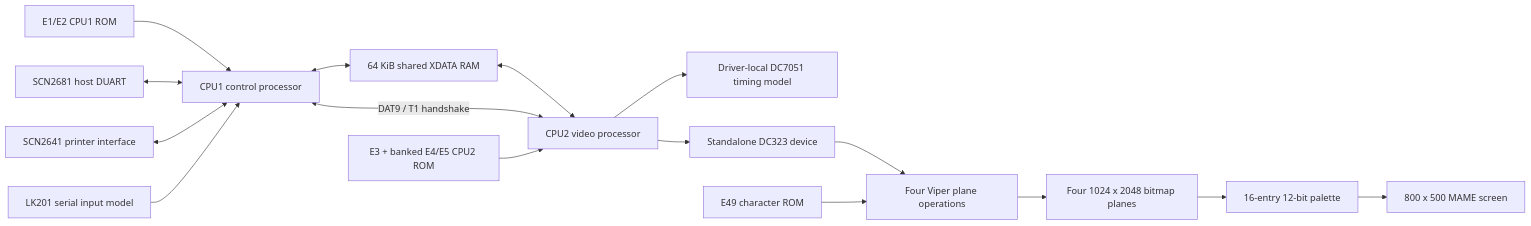
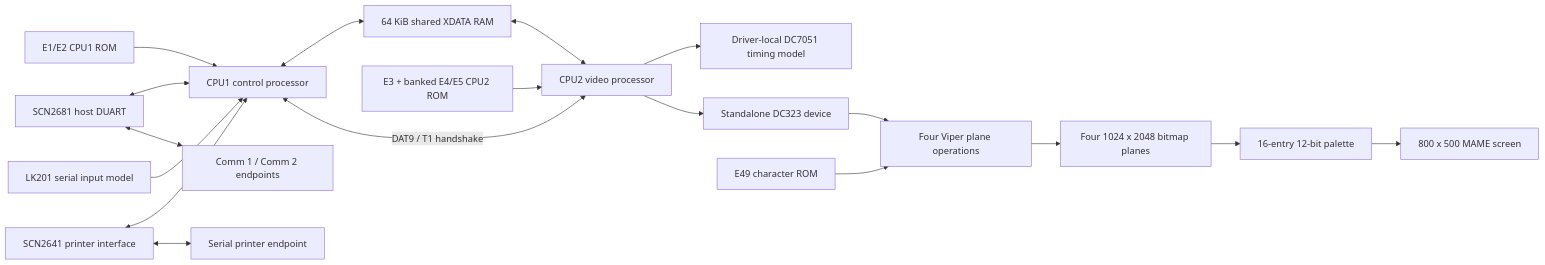
The diagram in vt340-research/PROJECT_SUMMARY.md (ericharley/mame), drawn with Mermaid before and after one commit. The commit also changed other lines of this file and 25 other files, not shown here.

````diff
--- a/vt340-research/PROJECT_SUMMARY.md
+++ b/vt340-research/PROJECT_SUMMARY.md
@@ -25,20 +25,22 @@
 ```mermaid
 flowchart LR
     E1[E1/E2 CPU1 ROM] --> CPU1[CPU1 control processor]
     DUART[SCN2681 host DUART] <--> CPU1
     ACIA[SCN2641 printer interface] <--> CPU1
+    DUART <--> HOST[Comm 1 / Comm 2 endpoints]
+    ACIA <--> PRINTER[Serial printer endpoint]
     KBD[LK201 serial input model] --> CPU1
 
     CPU1 <--> RAM[64 KiB shared XDATA RAM]
     RAM <--> CPU2[CPU2 video processor]
     CPU1 <-->|DAT9 / T1 handshake| CPU2
     E3[E3 + banked E4/E5 CPU2 ROM] --> CPU2
 
     CPU2 --> DC7051[Driver-local DC7051 timing model]
     CPU2 --> DC323[Standalone DC323 device]
     DC323 --> VIPER[Four Viper plane operations]
     E49[E49 character ROM] --> VIPER
     VIPER --> PLANES[Four 1024 x 2048 bitmap planes]
     PLANES --> PAL[16-entry 12-bit palette]
     PAL --> SCREEN[800 x 500 MAME screen]
 ```
````
